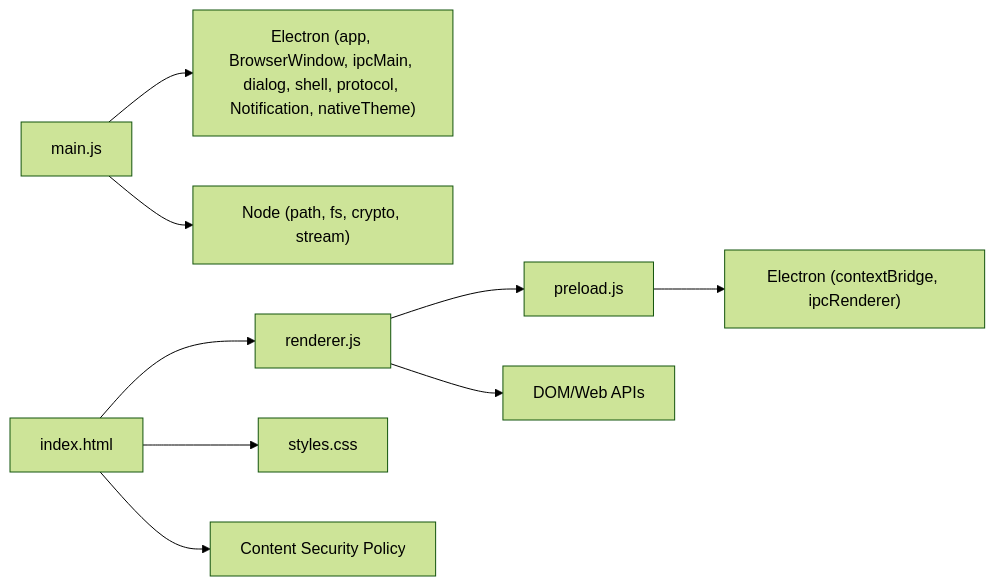
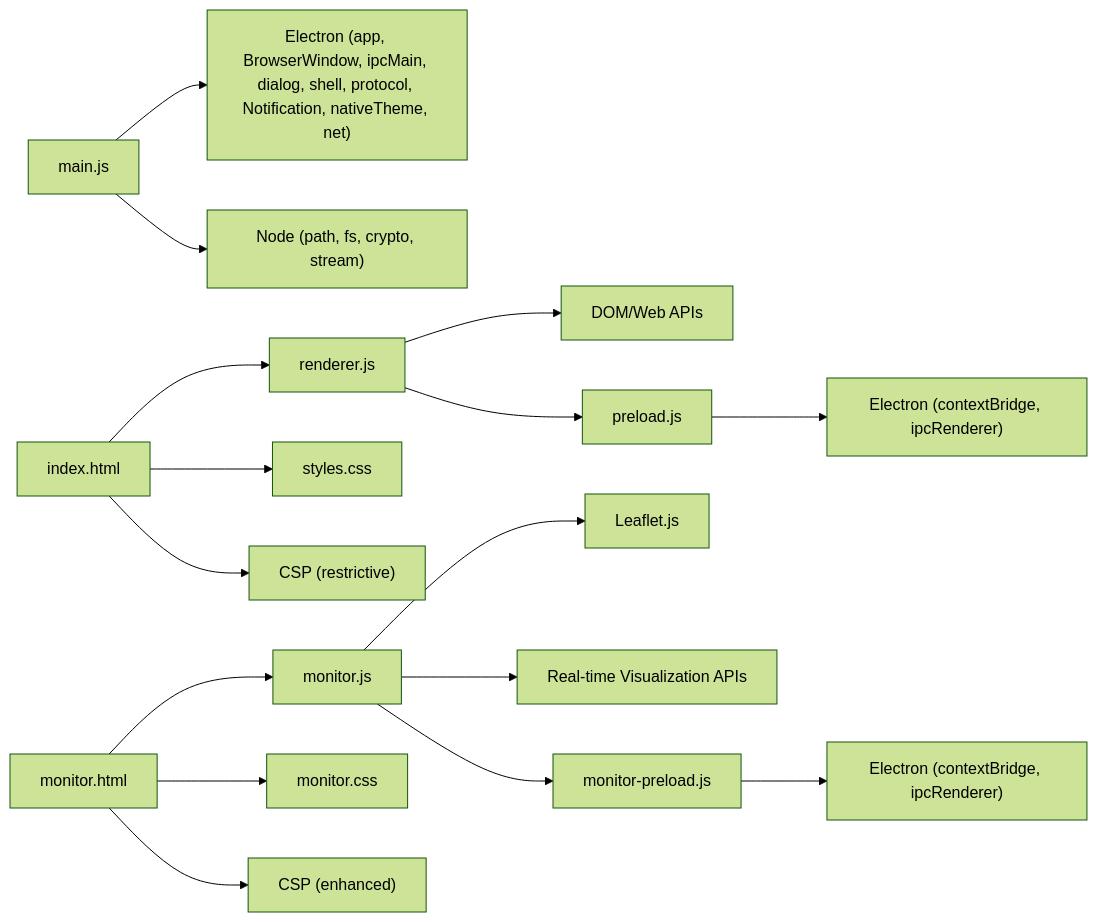
Before and after one commit to Annguyen0410/Personal-Messenger-Like-Storage-: the eighth of 8 diagrams in .qoder/repowiki/en/content/Architecture Overview.md, drawn with Mermaid (forest theme). The commit also changed other lines of this file and 10 other files, not shown here.

````diff
--- a/.qoder/repowiki/en/content/Architecture Overview.md
+++ b/.qoder/repowiki/en/content/Architecture Overview.md
@@ -471,11 +613,18 @@
 ```mermaid
 graph LR
-A["main.js"] --> E1["Electron (app, BrowserWindow, ipcMain, dialog, shell, protocol, Notification, nativeTheme)"]
+A["main.js"] --> E1["Electron (app, BrowserWindow, ipcMain, dialog, shell, protocol, Notification, nativeTheme, net)"]
 A --> N1["Node (path, fs, crypto, stream)"]
 B["preload.js"] --> E2["Electron (contextBridge, ipcRenderer)"]
+MP["monitor-preload.js"] --> E3["Electron (contextBridge, ipcRenderer)"]
 C["renderer.js"] --> D1["DOM/Web APIs"]
 C --> B
+MR["monitor.js"] --> L["Leaflet.js"]
+MR --> D2["Real-time Visualization APIs"]
+MR --> MP
 H["index.html"] --> C
+MH["monitor.html"] --> MR
 H --> S["styles.css"]
-H --> CSP["Content Security Policy"]
+MH --> MC["monitor.css"]
+H --> CSP["CSP (restrictive)"]
+MH --> MCP["CSP (enhanced)"]
 ```
````
